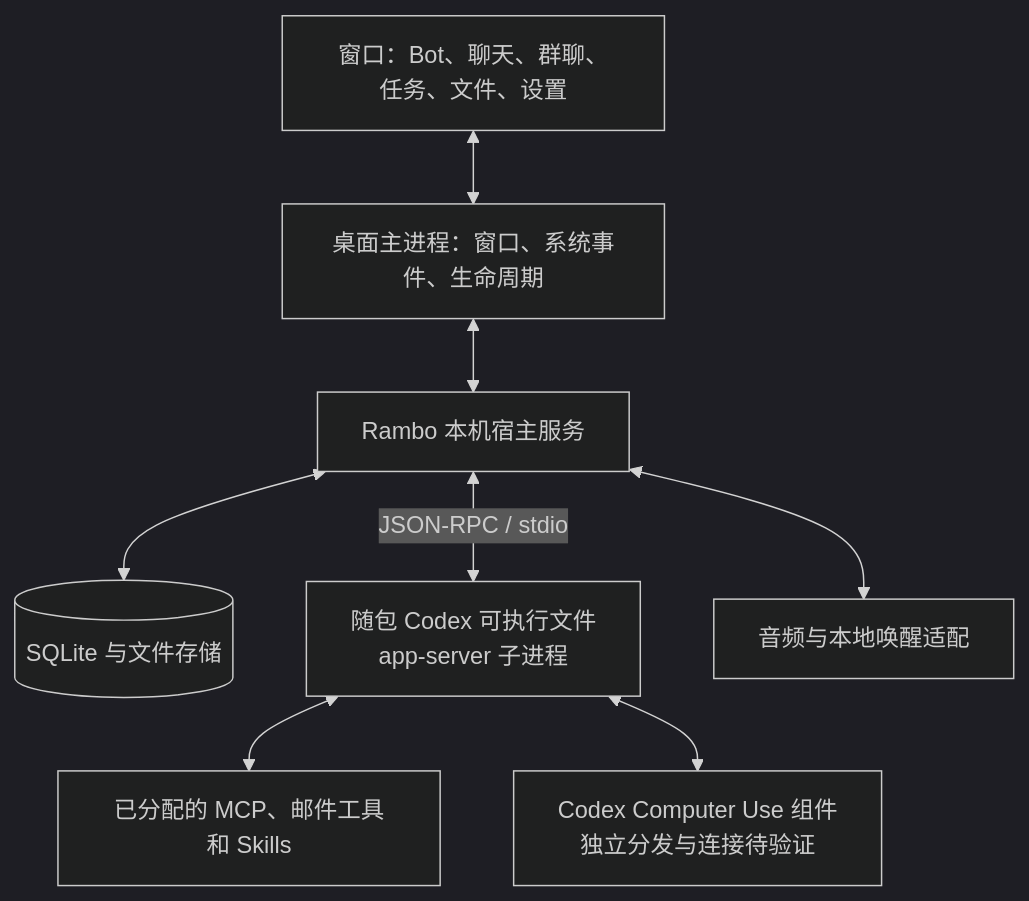
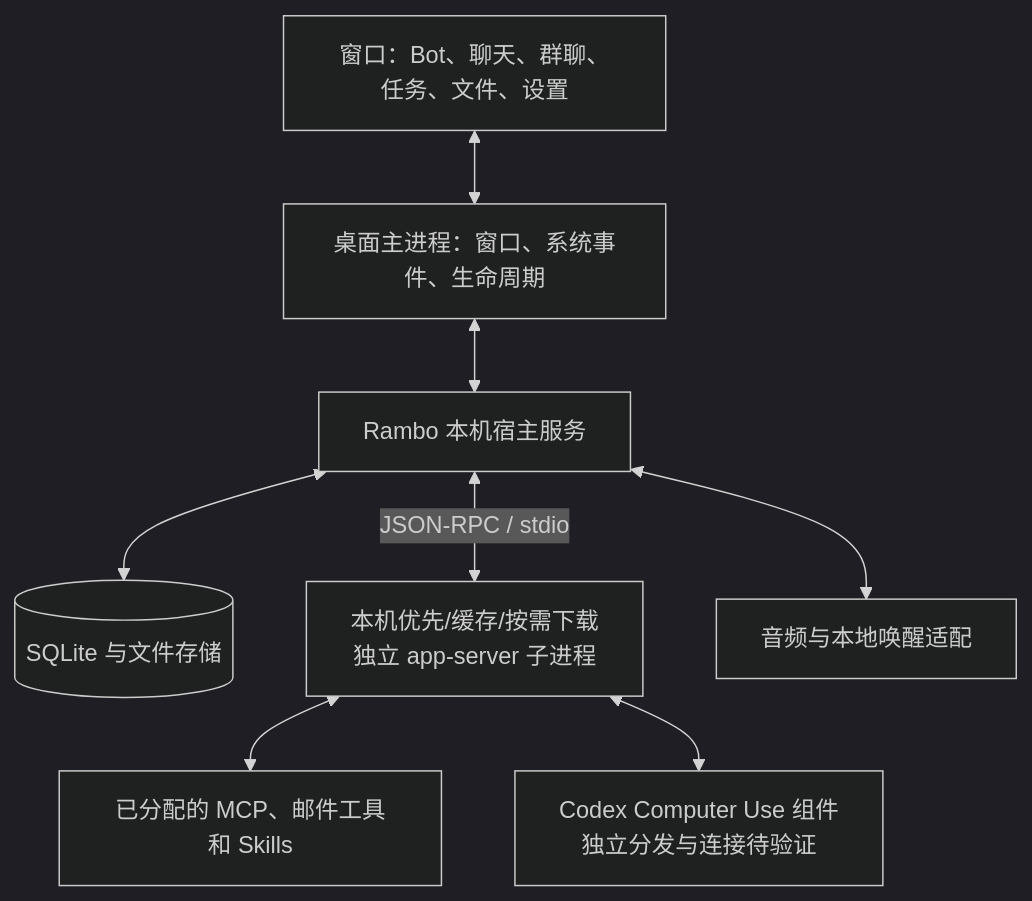
The diagram in docs/technical-design.md (jiawei666/Rambo), drawn with Mermaid (dark theme) before and after one commit. The commit also changed other lines of this file and 281 other files, not shown here.

````diff
--- a/docs/technical-design.md
+++ b/docs/technical-design.md
@@ -15,18 +15,18 @@
 ```mermaid
 flowchart TD
     UI[窗口：Bot、聊天、群聊、任务、文件、设置]
     MAIN[桌面主进程：窗口、系统事件、生命周期]
     HOST[Rambo 本机宿主服务]
     DB[(SQLite 与文件存储)]
-    CODEX[随包 Codex 可执行文件\napp-server 子进程]
+    CODEX[本机优先/缓存/按需下载\n独立 app-server 子进程]
     AUDIO[音频与本地唤醒适配]
     MCP[已分配的 MCP、邮件工具和 Skills]
     CU[Codex Computer Use 组件\n独立分发与连接待验证]
     UI <--> MAIN
     MAIN <--> HOST
     HOST <--> DB
     HOST <-->|JSON-RPC / stdio| CODEX
     HOST <--> AUDIO
     CODEX <--> MCP
     CODEX <--> CU
 ```
````
